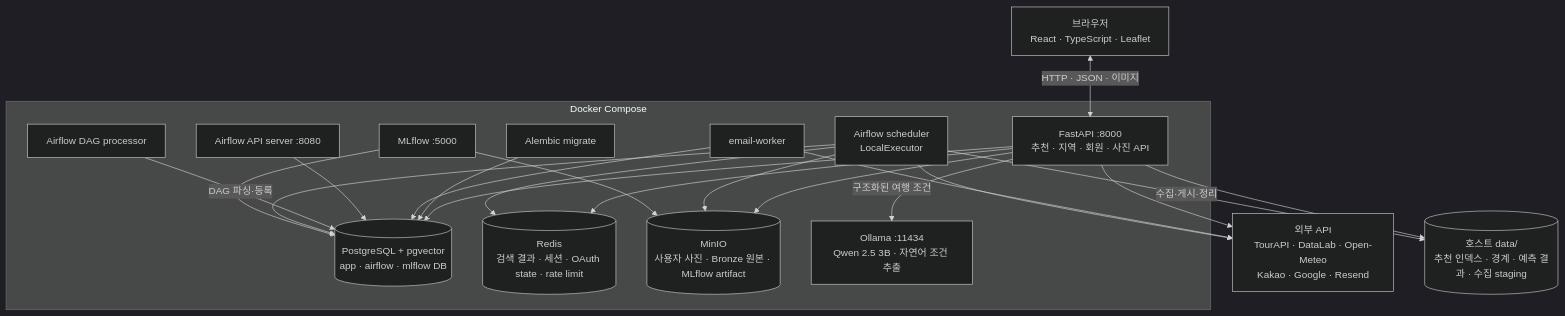
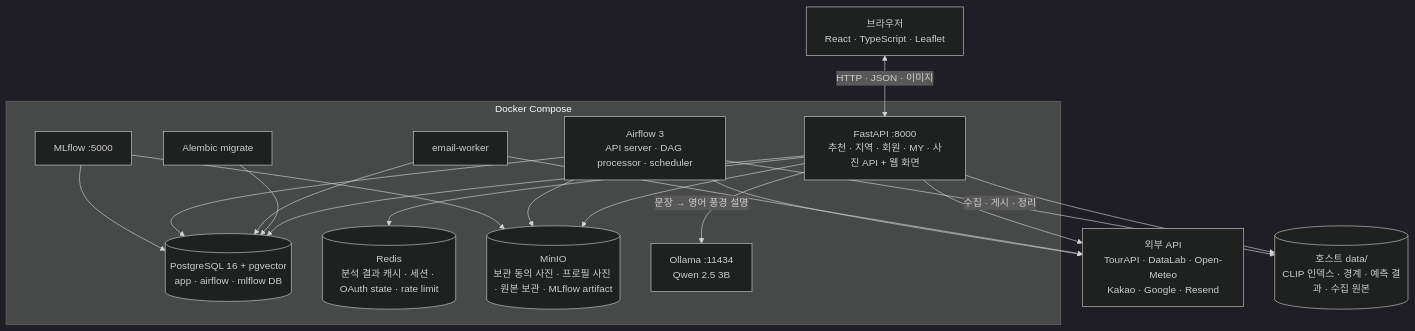
Before and after one commit to pihet/abroad-to-korea: the diagram in README.md, drawn with Mermaid (dark theme). The commit also changed other lines of this file, not shown here.

````diff
--- a/README.md
+++ b/README.md
@@ -37,40 +76,35 @@
 ```mermaid
 flowchart TB
   USER["브라우저<br/>React · TypeScript · Leaflet"]
   EXT["외부 API<br/>TourAPI · DataLab · Open-Meteo<br/>Kakao · Google · Resend"]
-  FILES[("호스트 data/<br/>추천 인덱스 · 경계 · 예측 결과 · 수집 staging")]
+  FILES[("호스트 data/<br/>CLIP 인덱스 · 경계 · 예측 결과 · 수집 원본")]
 
   subgraph COMPOSE["Docker Compose"]
-    API["FastAPI :8000<br/>추천 · 지역 · 회원 · 사진 API"]
-    PG[("PostgreSQL + pgvector<br/>app · airflow · mlflow DB")]
-    REDIS[("Redis<br/>검색 결과 · 세션 · OAuth state · rate limit")]
-    MINIO[("MinIO<br/>사용자 사진 · Bronze 원본 · MLflow artifact")]
+    API["FastAPI :8000<br/>추천 · 지역 · 회원 · MY · 사진 API + 웹 화면"]
+    PG[("PostgreSQL 16 + pgvector<br/>app · airflow · mlflow DB")]
+    REDIS[("Redis<br/>분석 결과 캐시 · 세션 · OAuth state · rate limit")]
+    MINIO[("MinIO<br/>보관 동의 사진 · 프로필 사진 · 원본 보관 · MLflow artifact")]
     MAIL["email-worker"]
     MIG["Alembic migrate"]
-    AFAPI["Airflow API server :8080"]
-    AFDP["Airflow DAG processor"]
-    AFS["Airflow scheduler<br/>LocalExecutor"]
+    AF["Airflow 3<br/>API server · DAG processor · scheduler"]
     MLFLOW["MLflow :5000"]
-    OLLAMA["Ollama :11434<br/>Qwen 2.5 3B · 자연어 조건 추출"]
+    OLLAMA["Ollama :11434<br/>Qwen 2.5 3B"]
   end
 
   USER <-- "HTTP · JSON · 이미지" --> API
   API --> FILES
   API --> PG
   API --> REDIS
   API --> MINIO
   API --> EXT
-  API -- "구조화된 여행 조건" --> OLLAMA
+  API -- "문장 → 영어 풍경 설명" --> OLLAMA
   MIG --> PG
   MAIL --> PG
   MAIL --> EXT
-  AFAPI --> PG
-  AFDP -- "DAG 파싱·등록" --> PG
-  AFS -- "수집·게시·정리" --> FILES
-  AFS --> PG
-  AFS --> MINIO
-  AFS --> REDIS
-  AFS --> EXT
+  AF -- "수집 · 게시 · 정리" --> FILES
+  AF --> PG
+  AF --> MINIO
+  AF --> EXT
   MLFLOW --> PG
   MLFLOW --> MINIO
 ```
````
